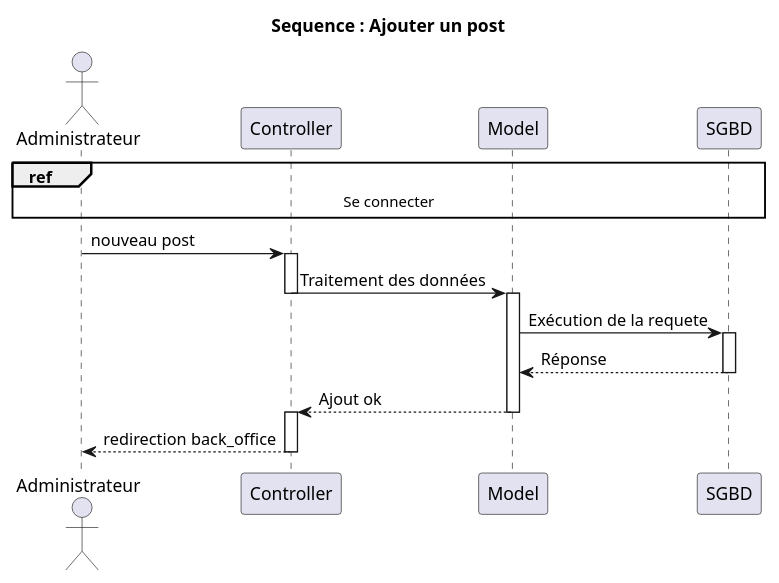
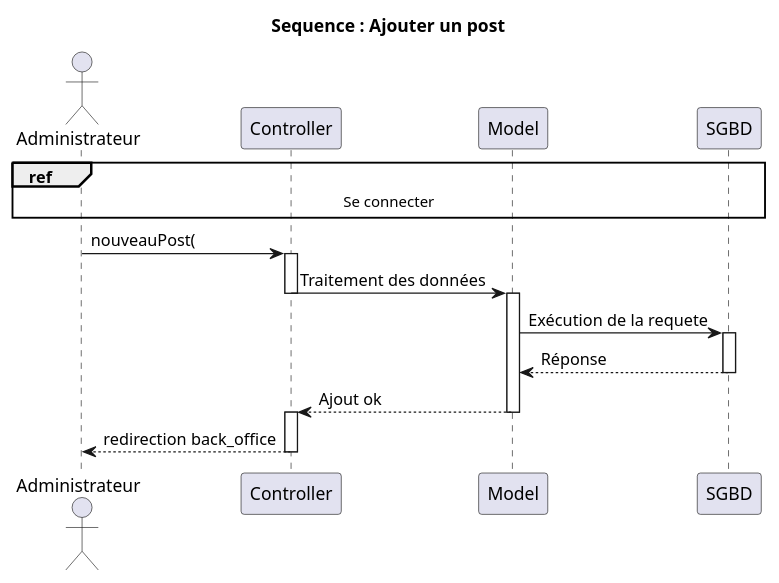
One commit to kenchi-san/blog-pro changed the diagram in UML/add_post.puml. Above: the diagram before and after it, drawn with PlantUML. The commit also changed 23 other files, not shown here.

```diff
--- a/UML/add_post.puml
+++ b/UML/add_post.puml
@@ -1,30 +1,30 @@
 @startuml
 
 title Sequence : Ajouter un post
 
 actor Administrateur as Ad
 participant Controller as C
 participant Model as M
 
 participant SGBD as bdd
 ref over Ad,C,M,bdd : Se connecter
-Ad->C:nouveau post
+Ad->C:nouveauPost(
 activate C
 C->M: Traitement des données
 deactivate C
 activate M
 M->bdd: Exécution de la requete
 activate bdd
 bdd-->M:Réponse
 deactivate bdd
 M-->C:Ajout ok
 deactivate M
 activate C
 C-->Ad: redirection back_office
 deactivate C
 
 
 
 
 
 @enduml
```
